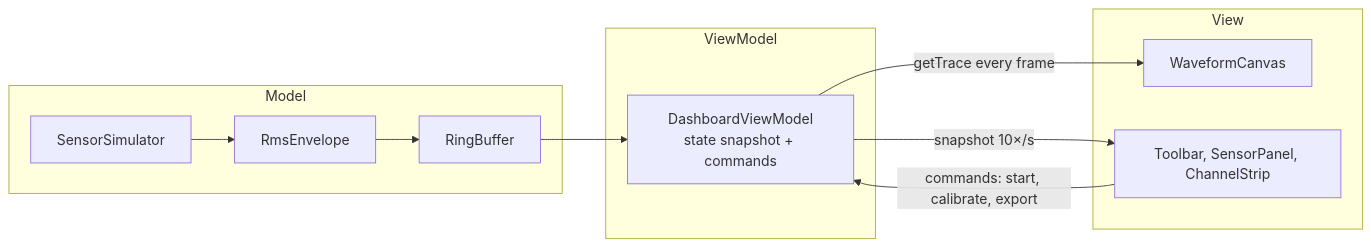
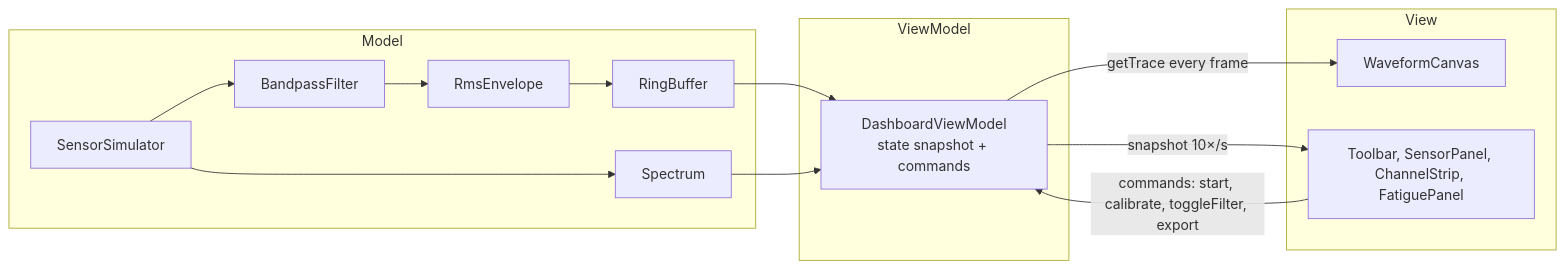
One commit to Aaryapatil113/myoscope changed the diagram in README.md. Above: the diagram before and after it, drawn with Mermaid. The commit also changed other lines of this file and 2 other files, not shown here.

````diff
--- a/README.md
+++ b/README.md
@@ -23,18 +29,21 @@
 ```mermaid
 flowchart LR
   subgraph Model
-    S[SensorSimulator] --> R[RmsEnvelope]
+    S[SensorSimulator] --> F[BandpassFilter]
+    F --> R[RmsEnvelope]
     R --> B[RingBuffer]
+    S --> SP[Spectrum]
   end
   subgraph ViewModel
     VM[DashboardViewModel<br/>state snapshot + commands]
   end
   subgraph View
     C[WaveformCanvas]
-    UI[Toolbar, SensorPanel, ChannelStrip]
+    UI[Toolbar, SensorPanel, ChannelStrip, FatiguePanel]
   end
   B --> VM
+  SP --> VM
   VM -- snapshot 10×/s --> UI
   VM -- getTrace every frame --> C
-  UI -- commands: start, calibrate, export --> VM
+  UI -- commands: start, calibrate, toggleFilter, export --> VM
 ```
````
